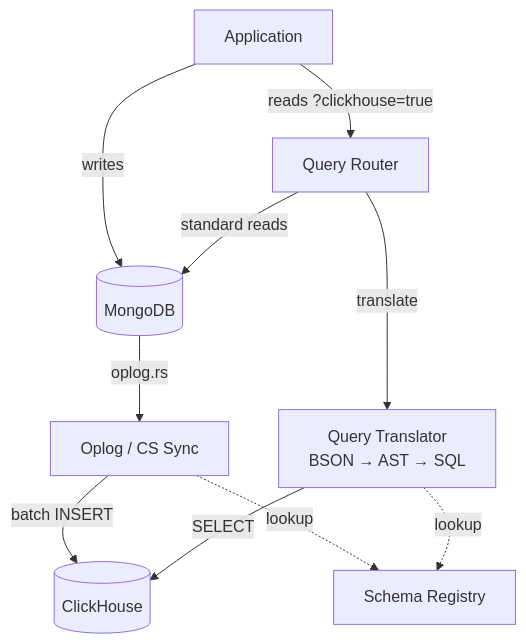
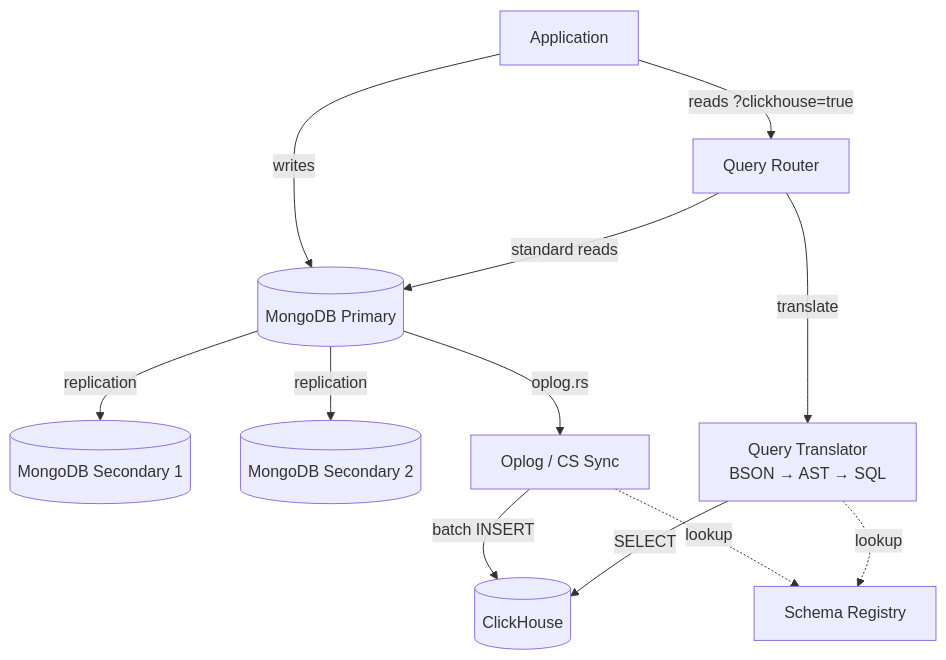
One commit to mrityunjaysharma/mongo-flux changed the first of 6 diagrams in docs/design.md. Above: the diagram before and after it, drawn with Mermaid. The commit also changed other lines of this file and 5 other files, not shown here.

Commit message:
modify architecture

````diff
--- a/docs/design.md
+++ b/docs/design.md
@@ -15,12 +17,14 @@
 ```mermaid
 flowchart TD
-    APP[Application] -->|writes| MG[(MongoDB)]
-    MG -->|oplog.rs| SYNC[Oplog / CS Sync]
+    APP[Application] -->|writes| MGP[(MongoDB Primary)]
+    MGP -->|replication| MGS1[(MongoDB Secondary 1)]
+    MGP -->|replication| MGS2[(MongoDB Secondary 2)]
+    MGP -->|oplog.rs| SYNC[Oplog / CS Sync]
     SYNC -->|batch INSERT| CH[(ClickHouse)]
     APP -->|"reads ?clickhouse=true"| ROUTER[Query Router]
     ROUTER -->|translate| XLAT[Query Translator<br/>BSON → AST → SQL]
     XLAT -->|SELECT| CH
-    ROUTER -->|standard reads| MG
+    ROUTER -->|standard reads| MGP
     SYNC -.->|lookup| REG[Schema Registry]
     XLAT -.->|lookup| REG
 ```
````
